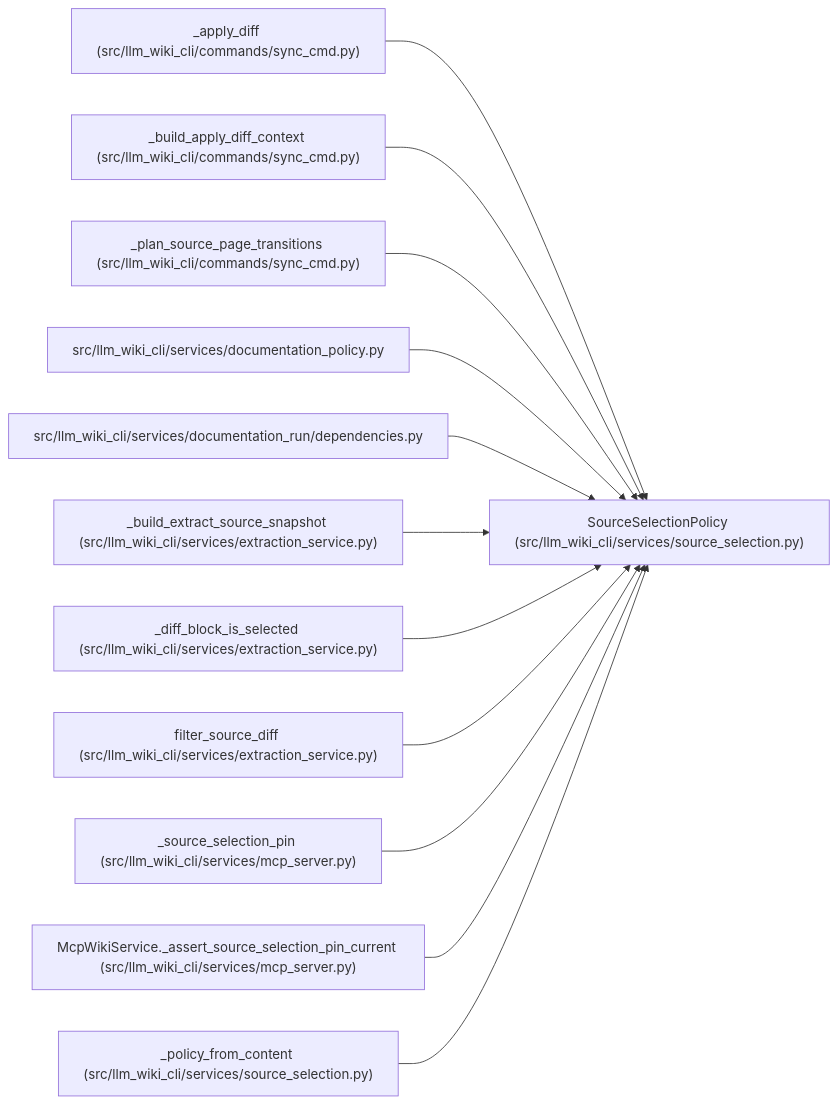
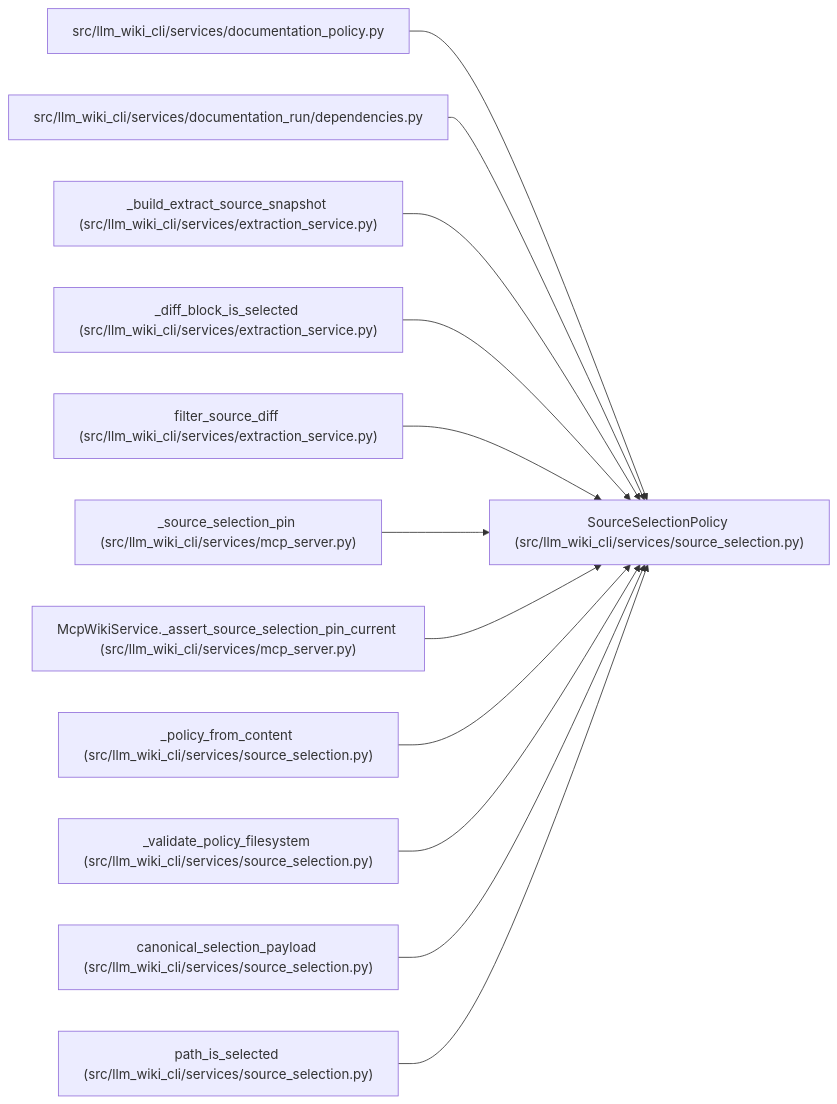
The diagram in docs/llm_wiki/entities/SourceSelectionPolicy.md (Denissvgn/python-wiki-llm), drawn with Mermaid before and after one commit. The commit also changed other lines of this file and 1555 other files, not shown here.

````diff
--- a/docs/llm_wiki/entities/SourceSelectionPolicy.md
+++ b/docs/llm_wiki/entities/SourceSelectionPolicy.md
@@ -37,38 +37,38 @@
 ```mermaid
 flowchart LR
     n0["SourceSelectionPolicy (src/llm_wiki_cli/services/source_selection.py)"]
-    n1["_apply_diff (src/llm_wiki_cli/commands/sync_cmd.py)"]
-    n2["_build_apply_diff_context (src/llm_wiki_cli/commands/sync_cmd.py)"]
-    n3["_plan_source_page_transitions (src/llm_wiki_cli/commands/sync_cmd.py)"]
-    n4["src/llm_wiki_cli/services/documentation_policy.py"]
-    n5["src/llm_wiki_cli/services/documentation_run/dependencies.py"]
-    n6["_build_extract_source_snapshot (src/llm_wiki_cli/services/extraction_service.py)"]
-    n7["_diff_block_is_selected (src/llm_wiki_cli/services/extraction_service.py)"]
-    n8["filter_source_diff (src/llm_wiki_cli/services/extraction_service.py)"]
-    n9["_source_selection_pin (src/llm_wiki_cli/services/mcp_server.py)"]
-    n10["McpWikiService._assert_source_selection_pin_current (src/llm_wiki_cli/services/mcp_server.py)"]
-    n11["_policy_from_content (src/llm_wiki_cli/services/source_selection.py)"]
+    n1["src/llm_wiki_cli/services/documentation_policy.py"]
+    n2["src/llm_wiki_cli/services/documentation_run/dependencies.py"]
+    n3["_build_extract_source_snapshot (src/llm_wiki_cli/services/extraction_service.py)"]
+    n4["_diff_block_is_selected (src/llm_wiki_cli/services/extraction_service.py)"]
+    n5["filter_source_diff (src/llm_wiki_cli/services/extraction_service.py)"]
+    n6["_source_selection_pin (src/llm_wiki_cli/services/mcp_server.py)"]
+    n7["McpWikiService._assert_source_selection_pin_current (src/llm_wiki_cli/services/mcp_server.py)"]
+    n8["_policy_from_content (src/llm_wiki_cli/services/source_selection.py)"]
+    n9["_validate_policy_filesystem (src/llm_wiki_cli/services/source_selection.py)"]
+    n10["canonical_selection_payload (src/llm_wiki_cli/services/source_selection.py)"]
+    n11["path_is_selected (src/llm_wiki_cli/services/source_selection.py)"]
     n1 --> n0
     n2 --> n0
     n3 --> n0
     n4 --> n0
     n5 --> n0
     n6 --> n0
     n7 --> n0
     n8 --> n0
     n9 --> n0
     n10 --> n0
     n11 --> n0
     click n0 "../modules/source_selection.md"
-    click n1 "../modules/sync_cmd.md"
-    click n2 "../modules/sync_cmd.md"
-    click n3 "../modules/sync_cmd.md"
-    click n4 "../modules/documentation_policy.md"
-    click n5 "../modules/documentation_run_dependencies.md"
-    click n6 "../modules/extraction_service.md"
-    click n7 "../modules/extraction_service.md"
-    click n8 "../modules/extraction_service.md"
-    click n9 "../modules/mcp_server.md"
-    click n10 "../modules/mcp_server.md"
+    click n1 "../modules/documentation_policy.md"
+    click n2 "../modules/documentation_run_dependencies.md"
+    click n3 "../modules/extraction_service.md"
+    click n4 "../modules/extraction_service.md"
+    click n5 "../modules/extraction_service.md"
+    click n6 "../modules/mcp_server.md"
+    click n7 "../modules/mcp_server.md"
+    click n8 "../modules/source_selection.md"
+    click n9 "../modules/source_selection.md"
+    click n10 "../modules/source_selection.md"
     click n11 "../modules/source_selection.md"
 ```
````
